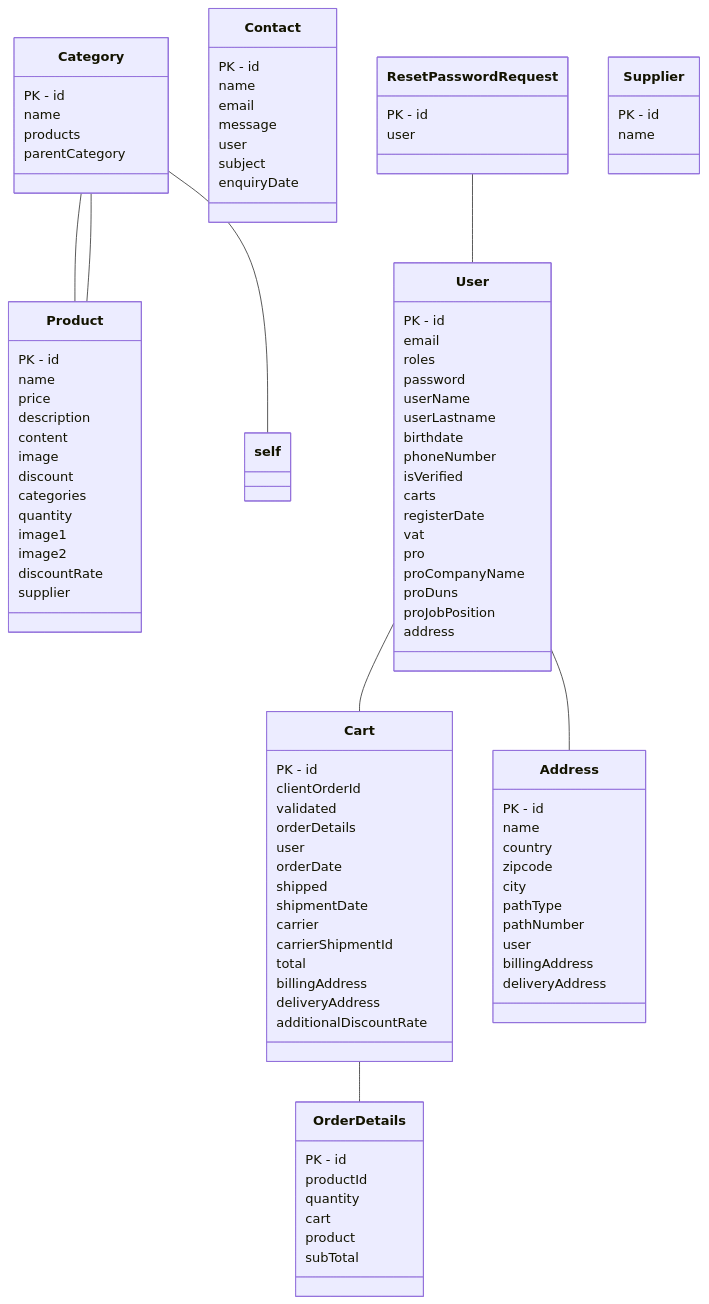
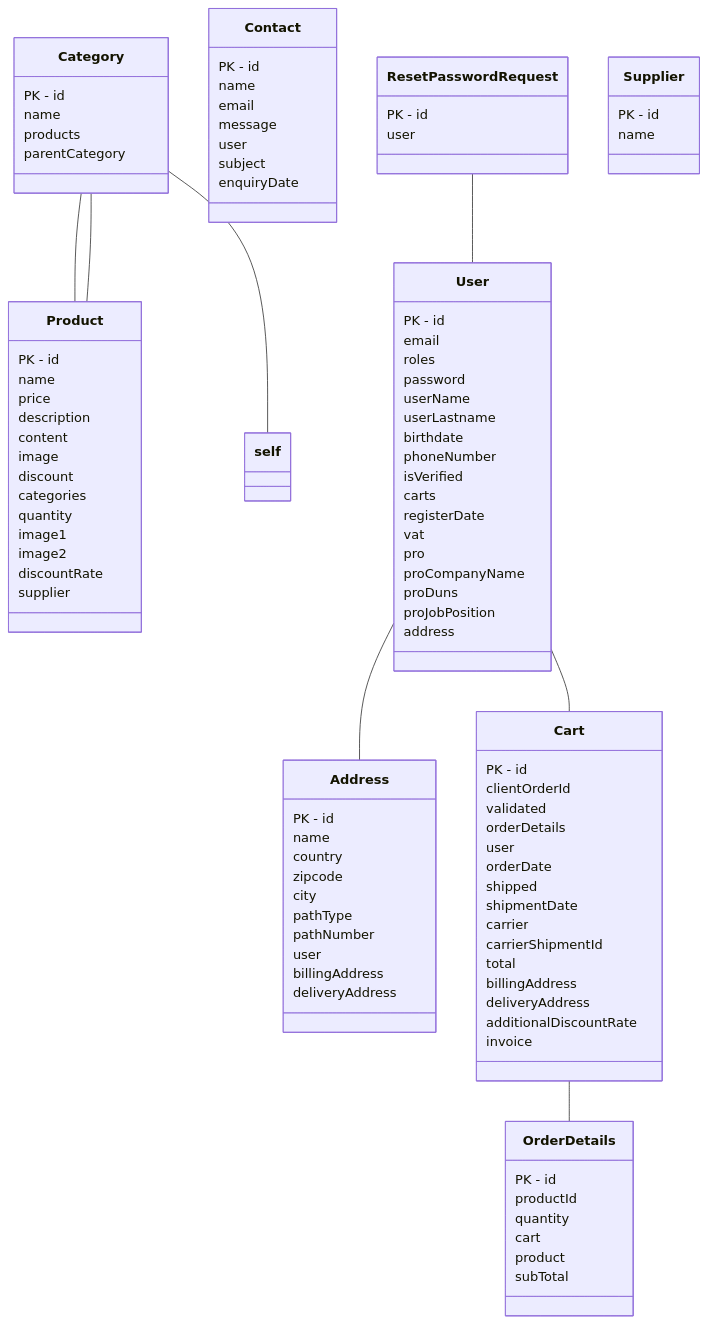
Before and after one commit to AlexisDonato/CDA: the diagram in Fil Rouge/MUSE/UML.md, drawn with Mermaid. The commit also changed 7 other files, not shown here.

````diff
--- a/Fil Rouge/MUSE/UML.md
+++ b/Fil Rouge/MUSE/UML.md
@@ -1,5 +1,18 @@
 ```mermaid
 classDiagram
+
+class Address{
+PK - id
+name
+country
+zipcode
+city
+pathType
+pathNumber
+user
+billingAddress
+deliveryAddress
+}
 
 class Cart{
 PK - id
@@ -16,6 +29,7 @@
 billingAddress
 deliveryAddress
 additionalDiscountRate
+invoice
 }
 
 Cart -- OrderDetails
@@ -28,19 +42,6 @@
 
 Category -- Product
 Category -- self
-class Address{
-PK - id
-name
-country
-zipcode
-city
-pathType
-pathNumber
-user
-billingAddress
-deliveryAddress
-}
-
 class Contact{
 PK - id
 name
@@ -77,6 +78,17 @@
 }
 
 Product -- Category
+class ResetPasswordRequest{
+PK - id
+user
+}
+
+ResetPasswordRequest -- User
+class Supplier{
+PK - id
+name
+}
+
 class User{
 PK - id
 email
@@ -99,16 +111,5 @@
 
 User -- Cart
 User -- Address
-class ResetPasswordRequest{
-PK - id
-user
-}
-
-ResetPasswordRequest -- User
-class Supplier{
-PK - id
-name
-}
-
 
 ```
````
